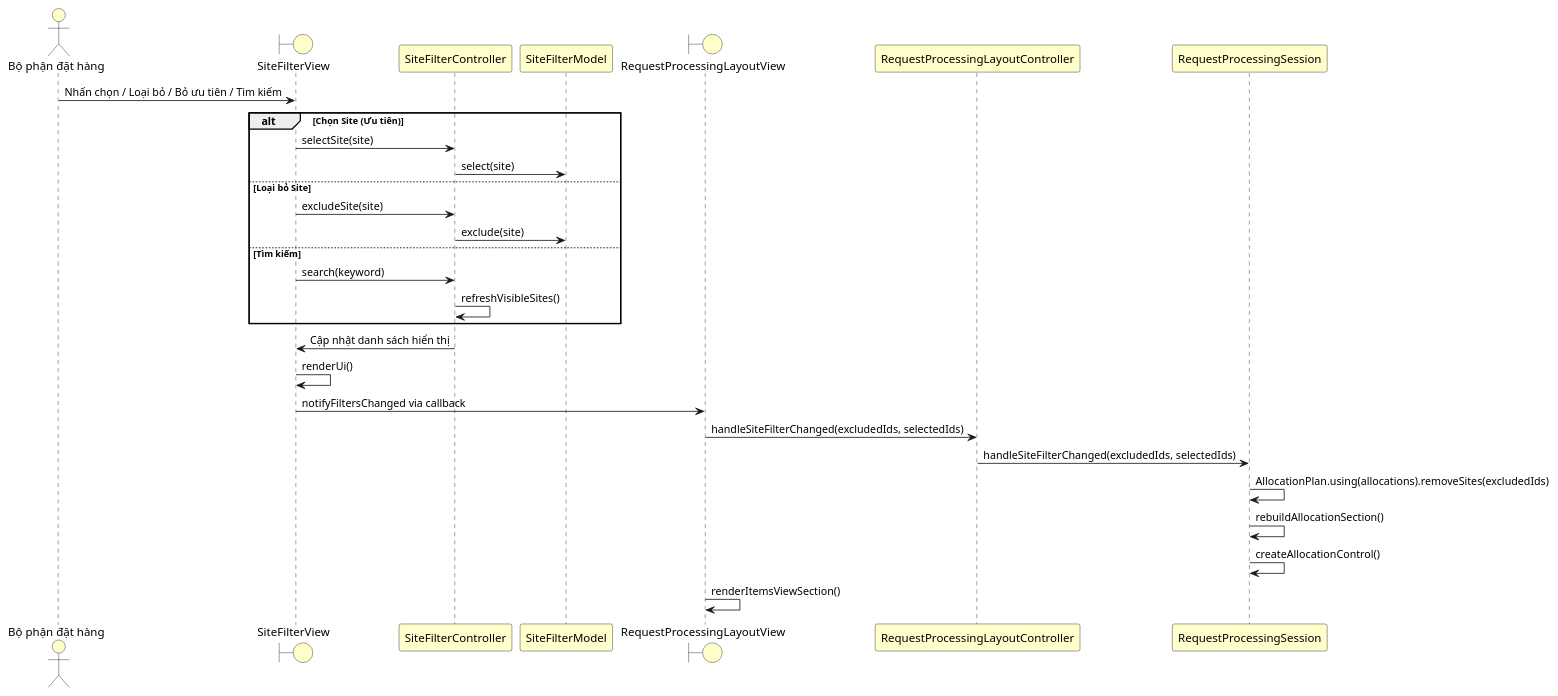
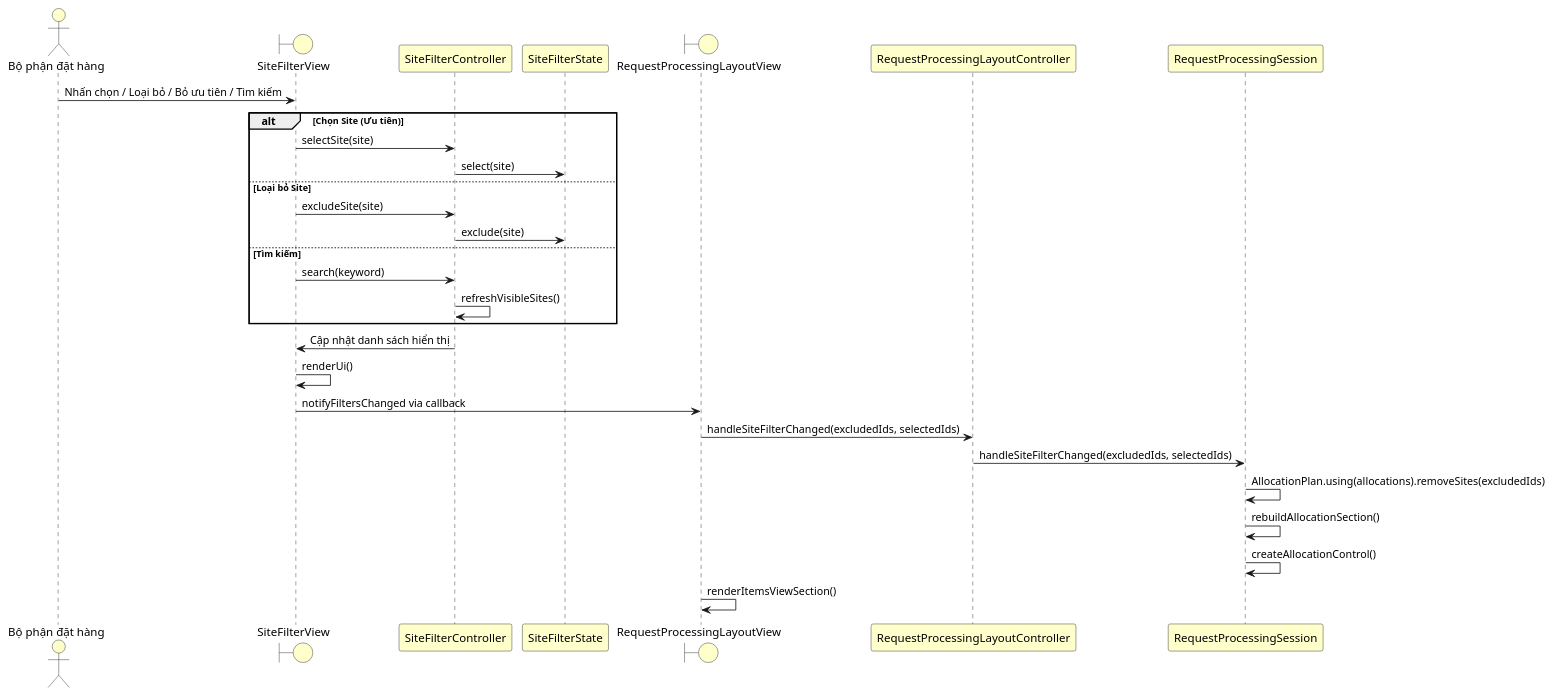
One commit to NeoCyber05/PRJ_ITSS changed the third of 6 diagrams in Sequence_Processing.md. Above: the diagram before and after it, drawn with PlantUML. The commit also changed other lines of this file and 27 other files, not shown here.

```diff
--- a/Sequence_Processing.md
+++ b/Sequence_Processing.md
@@ -74,30 +74,30 @@
 @startuml
 actor "Bộ phận đặt hàng" as User #FFFFCC
 boundary "SiteFilterView" as FV #FFFFCC
 participant "SiteFilterController" as FC #FFFFCC
-participant "SiteFilterModel" as FM #FFFFCC
+participant "SiteFilterState" as FS #FFFFCC
 boundary "RequestProcessingLayoutView" as LV #FFFFCC
 participant "RequestProcessingLayoutController" as LC #FFFFCC
 participant "RequestProcessingSession" as Session #FFFFCC
 
 User -> FV: Nhấn chọn / Loại bỏ / Bỏ ưu tiên / Tìm kiếm
 alt Chọn Site (Ưu tiên)
     FV -> FC: selectSite(site)
-    FC -> FM: select(site)
+    FC -> FS: select(site)
 else Loại bỏ Site
     FV -> FC: excludeSite(site)
-    FC -> FM: exclude(site)
+    FC -> FS: exclude(site)
 else Tìm kiếm
     FV -> FC: search(keyword)
     FC -> FC: refreshVisibleSites()
 end
 FC -> FV: Cập nhật danh sách hiển thị
 FV -> FV: renderUi()
 FV -> LV: notifyFiltersChanged via callback
 LV -> LC: handleSiteFilterChanged(excludedIds, selectedIds)
 LC -> Session: handleSiteFilterChanged(excludedIds, selectedIds)
 Session -> Session: AllocationPlan.using(allocations).removeSites(excludedIds)
 Session -> Session: rebuildAllocationSection()
 Session -> Session: createAllocationControl()
 LV -> LV: renderItemsViewSection()
 @enduml
```
